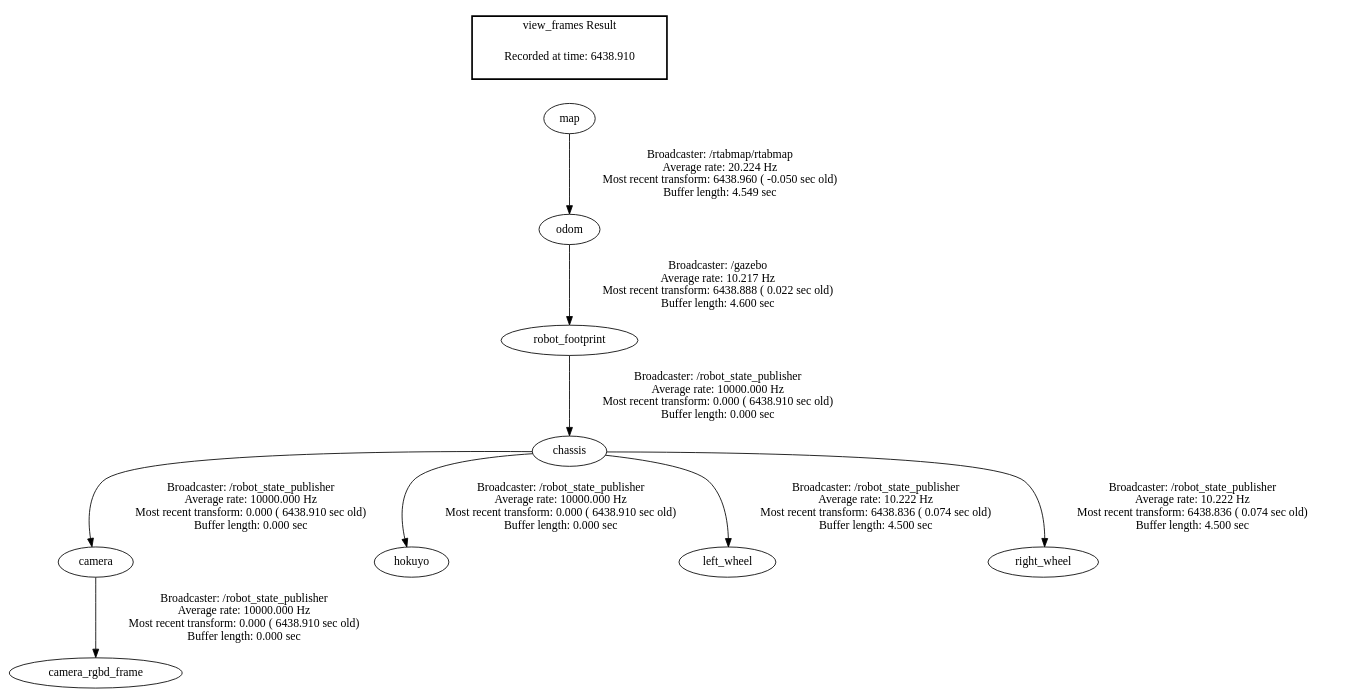
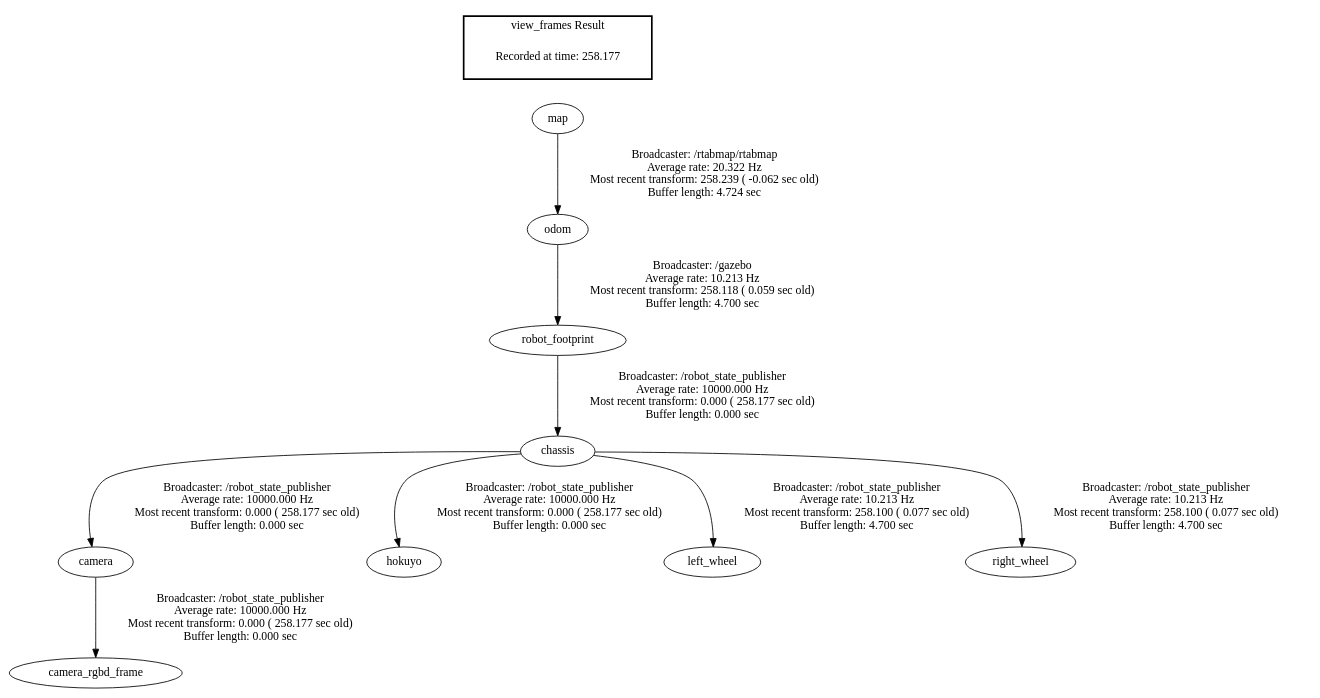
Before and after one commit to cielsys/RoboND2_Proj3_MapMyWorld: the diagram in report/Assets/frames.gv, drawn with Graphviz. The commit also changed 11 other files, not shown here.

```diff
--- a/report/Assets/frames.gv
+++ b/report/Assets/frames.gv
@@ -1,14 +1,14 @@
 digraph G {
-"chassis" -> "camera"[label="Broadcaster: /robot_state_publisher\nAverage rate: 10000.000 Hz\nMost recent transform: 0.000 ( 6438.910 sec old)\nBuffer length: 0.000 sec\n"];
-"robot_footprint" -> "chassis"[label="Broadcaster: /robot_state_publisher\nAverage rate: 10000.000 Hz\nMost recent transform: 0.000 ( 6438.910 sec old)\nBuffer length: 0.000 sec\n"];
-"camera" -> "camera_rgbd_frame"[label="Broadcaster: /robot_state_publisher\nAverage rate: 10000.000 Hz\nMost recent transform: 0.000 ( 6438.910 sec old)\nBuffer length: 0.000 sec\n"];
-"chassis" -> "hokuyo"[label="Broadcaster: /robot_state_publisher\nAverage rate: 10000.000 Hz\nMost recent transform: 0.000 ( 6438.910 sec old)\nBuffer length: 0.000 sec\n"];
-"odom" -> "robot_footprint"[label="Broadcaster: /gazebo\nAverage rate: 10.217 Hz\nMost recent transform: 6438.888 ( 0.022 sec old)\nBuffer length: 4.600 sec\n"];
-"map" -> "odom"[label="Broadcaster: /rtabmap/rtabmap\nAverage rate: 20.224 Hz\nMost recent transform: 6438.960 ( -0.050 sec old)\nBuffer length: 4.549 sec\n"];
-"chassis" -> "left_wheel"[label="Broadcaster: /robot_state_publisher\nAverage rate: 10.222 Hz\nMost recent transform: 6438.836 ( 0.074 sec old)\nBuffer length: 4.500 sec\n"];
-"chassis" -> "right_wheel"[label="Broadcaster: /robot_state_publisher\nAverage rate: 10.222 Hz\nMost recent transform: 6438.836 ( 0.074 sec old)\nBuffer length: 4.500 sec\n"];
+"chassis" -> "camera"[label="Broadcaster: /robot_state_publisher\nAverage rate: 10000.000 Hz\nMost recent transform: 0.000 ( 258.177 sec old)\nBuffer length: 0.000 sec\n"];
+"robot_footprint" -> "chassis"[label="Broadcaster: /robot_state_publisher\nAverage rate: 10000.000 Hz\nMost recent transform: 0.000 ( 258.177 sec old)\nBuffer length: 0.000 sec\n"];
+"camera" -> "camera_rgbd_frame"[label="Broadcaster: /robot_state_publisher\nAverage rate: 10000.000 Hz\nMost recent transform: 0.000 ( 258.177 sec old)\nBuffer length: 0.000 sec\n"];
+"chassis" -> "hokuyo"[label="Broadcaster: /robot_state_publisher\nAverage rate: 10000.000 Hz\nMost recent transform: 0.000 ( 258.177 sec old)\nBuffer length: 0.000 sec\n"];
+"odom" -> "robot_footprint"[label="Broadcaster: /gazebo\nAverage rate: 10.213 Hz\nMost recent transform: 258.118 ( 0.059 sec old)\nBuffer length: 4.700 sec\n"];
+"chassis" -> "left_wheel"[label="Broadcaster: /robot_state_publisher\nAverage rate: 10.213 Hz\nMost recent transform: 258.100 ( 0.077 sec old)\nBuffer length: 4.700 sec\n"];
+"chassis" -> "right_wheel"[label="Broadcaster: /robot_state_publisher\nAverage rate: 10.213 Hz\nMost recent transform: 258.100 ( 0.077 sec old)\nBuffer length: 4.700 sec\n"];
+"map" -> "odom"[label="Broadcaster: /rtabmap/rtabmap\nAverage rate: 20.322 Hz\nMost recent transform: 258.239 ( -0.062 sec old)\nBuffer length: 4.724 sec\n"];
 edge [style=invis];
  subgraph cluster_legend { style=bold; color=black; label ="view_frames Result";
-"Recorded at time: 6438.910"[ shape=plaintext ] ;
+"Recorded at time: 258.177"[ shape=plaintext ] ;
  }->"map";
 }
```
